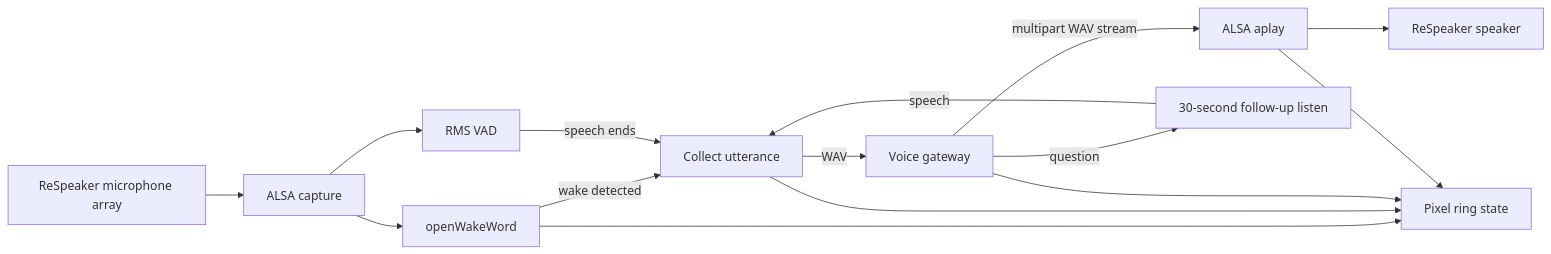
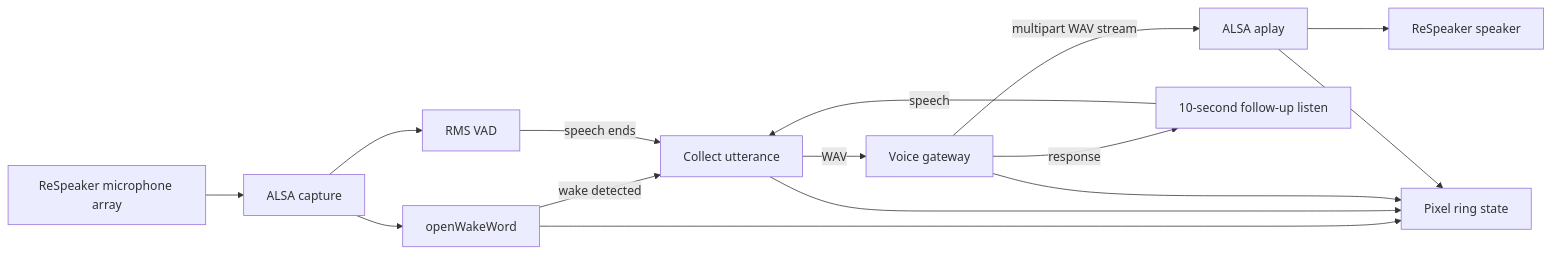
The diagram in README.md (PetoAdam/homenavi-voice-satellite), drawn with Mermaid before and after one commit. The commit also changed 3 other files, not shown here.

````diff
--- a/README.md
+++ b/README.md
@@ -9,17 +9,17 @@
 ```mermaid
 flowchart LR
 	Mic[ReSpeaker microphone array] --> Capture[ALSA capture]
 	Capture --> Wake[openWakeWord]
 	Capture --> VAD[RMS VAD]
 	Wake -->|wake detected| Listen[Collect utterance]
 	VAD -->|speech ends| Listen
 	Listen -->|WAV| Gateway[Voice gateway]
 	Gateway -->|multipart WAV stream| Playback[ALSA aplay]
 	Playback --> Speaker[ReSpeaker speaker]
 	Wake --> LEDs[Pixel ring state]
 	Listen --> LEDs
 	Gateway --> LEDs
 	Playback --> LEDs
-	Gateway -->|question| FollowUp[30-second follow-up listen]
+	Gateway -->|response| FollowUp[10-second follow-up listen]
 	FollowUp -->|speech| Listen
 ```
````
